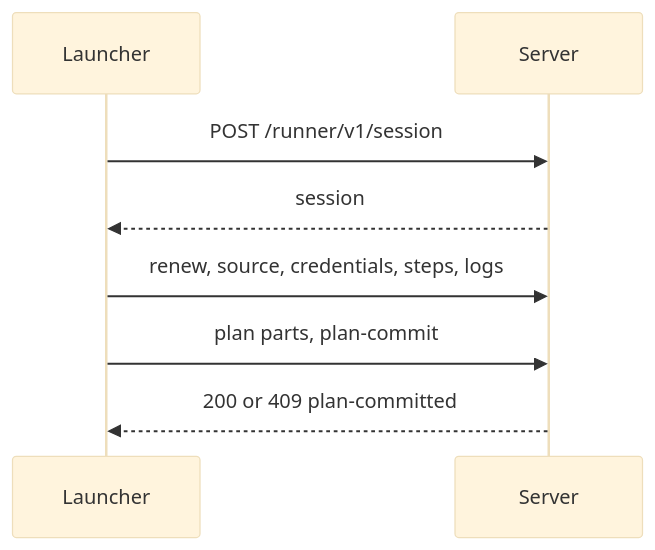
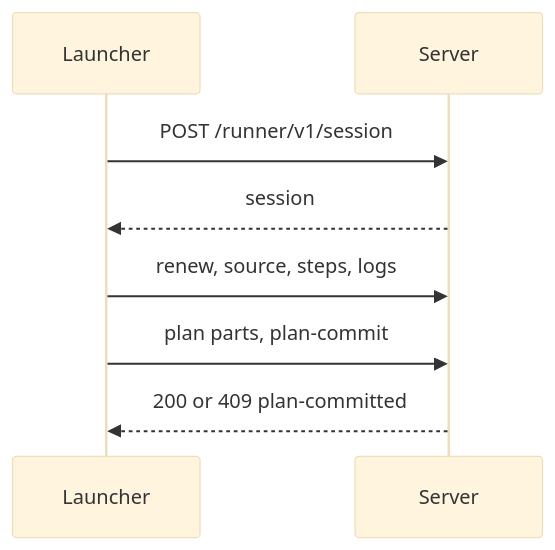
One commit to OpenDustpan/OpenDustpan changed the first of 5 diagrams in openspec/changes/add-job-session-paths-runner-2/design.md. Above: the diagram before and after it, drawn with Mermaid (base theme). The commit also changed other lines of this file and 7 other files, not shown here.

````diff
--- a/openspec/changes/add-job-session-paths-runner-2/design.md
+++ b/openspec/changes/add-job-session-paths-runner-2/design.md
@@ -34,10 +34,10 @@
 ```mermaid
 sequenceDiagram
  participant L as Launcher
  participant S as Server
  L->>S: POST /runner/v1/session
  S-->>L: session
- L->>S: renew, source, credentials, steps, logs
+ L->>S: renew, source, steps, logs
  L->>S: plan parts, plan-commit
  S-->>L: 200 or 409 plan-committed
 ```
````
